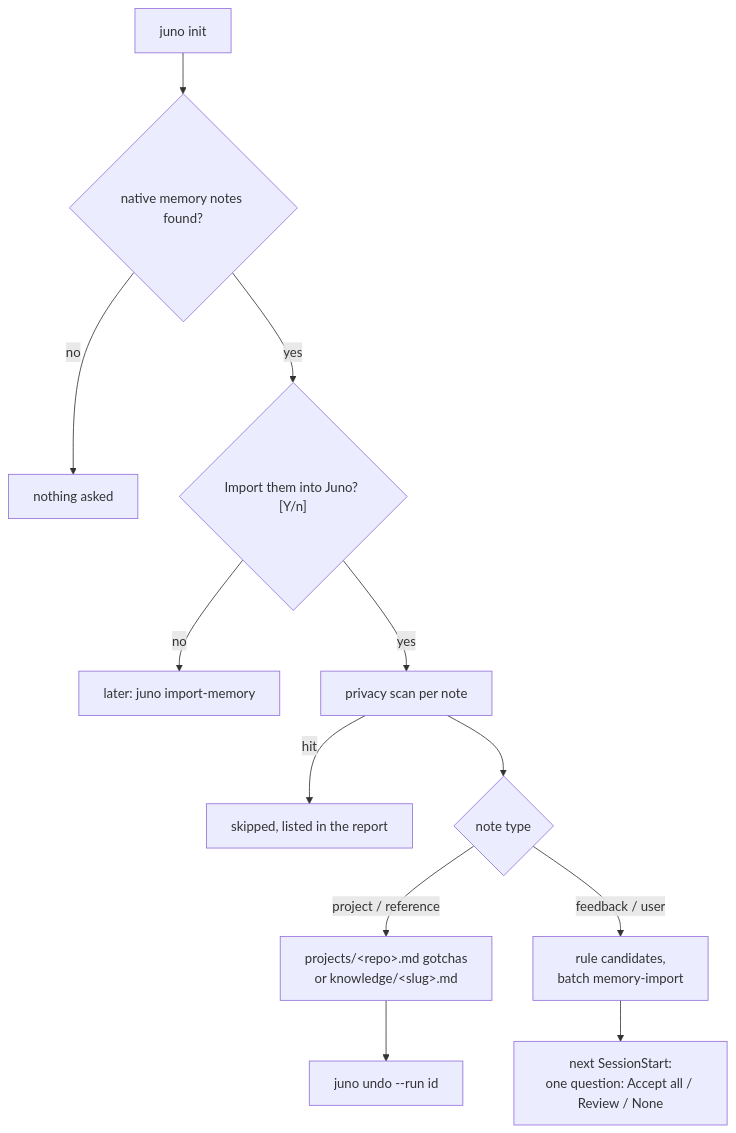
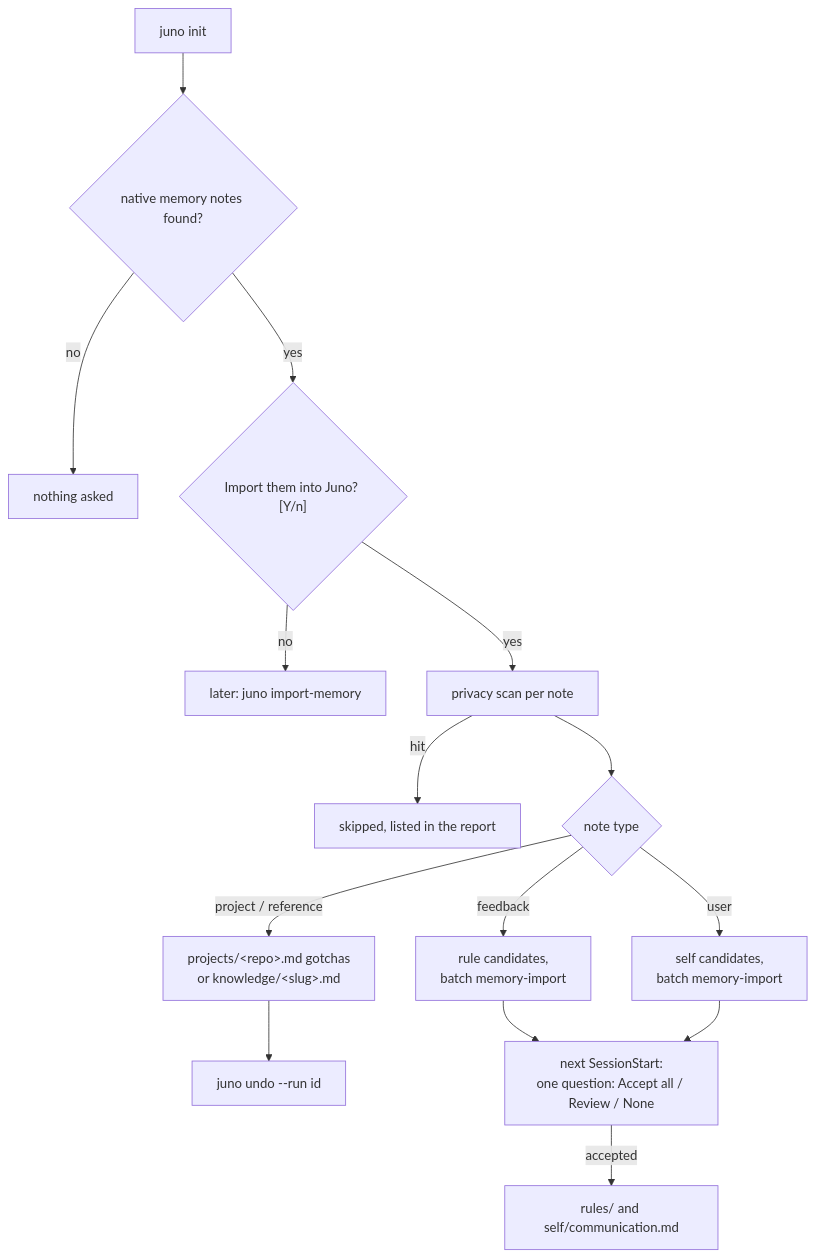
The third of 3 diagrams in README.md (alprnkeskekoglu/juno-memory), drawn with Mermaid before and after one commit. The commit also changed other lines of this file and 11 other files, not shown here.

First line of the commit message:
import-memory: user notes become self candidates; batch has its own queue budget

````diff
--- a/README.md
+++ b/README.md
@@ -110,14 +110,17 @@
 ```mermaid
 flowchart TD
     A[juno init] --> B{native memory notes found?}
     B -->|no| Z[nothing asked]
     B -->|yes| C{"Import them into Juno? [Y/n]"}
     C -->|no| L[later: juno import-memory]
     C -->|yes| D[privacy scan per note]
     D -->|hit| S[skipped, listed in the report]
     D --> E{note type}
     E -->|project / reference| F[projects/&lt;repo&gt;.md gotchas<br>or knowledge/&lt;slug&gt;.md]
-    E -->|feedback / user| G[rule candidates,<br>batch memory-import]
+    E -->|feedback| G[rule candidates,<br>batch memory-import]
+    E -->|user| M[self candidates,<br>batch memory-import]
     F --> U[juno undo --run id]
     G --> H[next SessionStart:<br>one question: Accept all / Review / None]
+    M --> H
+    H -->|accepted| R[rules/ and self/communication.md]
 ```
````
